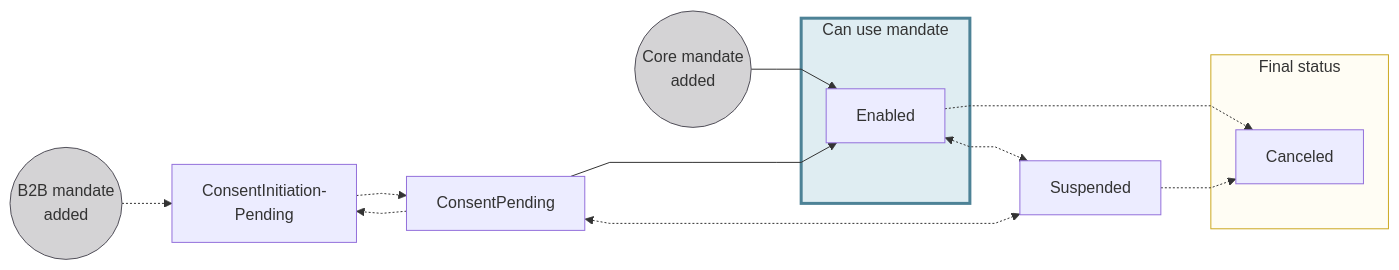
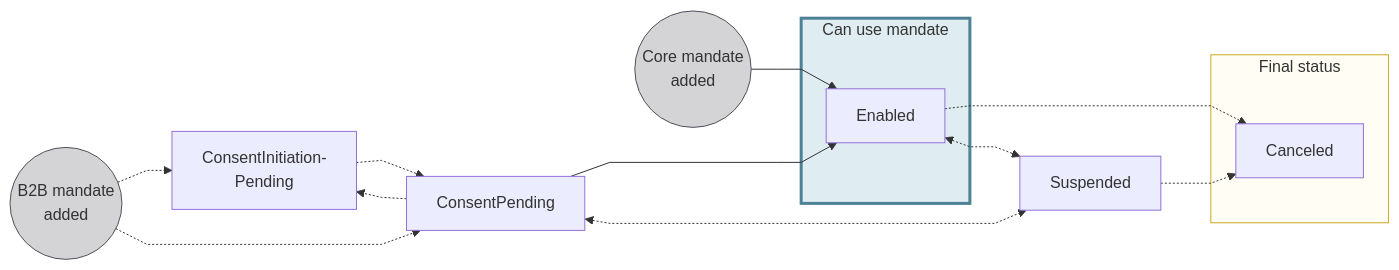
One commit to swan-io/docs changed the first of 2 diagrams in docs/topics/payments/direct-debit/index.mdx. Above: the diagram before and after it, drawn with Mermaid.

````diff
--- a/docs/topics/payments/direct-debit/index.mdx
+++ b/docs/topics/payments/direct-debit/index.mdx
@@ -73,23 +73,24 @@
 ```mermaid
 %%{ init: { 'flowchart': { 'curve': 'linear' } } }%%
 flowchart LR
     B2B((B2B mandate<br/>added)) -.-> CIP[ConsentInitiation-<br/>Pending]
+    B2B -.-> CP[ConsentPending]
     COR((Core mandate<br/>added)) --> E[Enabled]
-    CIP -.-> CP[ConsentPending]
+    CIP -.-> CP
     CP -.-> CIP
     CP ---> E
     CP <-.-> S[Suspended]
     E -.-> C[Canceled]
     E <-.-> S
     S -.-> C
     subgraph U[Can use mandate]
         E
     end
     subgraph F[Final status]
         C
     end
     style B2B fill:#D4D3D5,stroke:#514F59
     style COR fill:#D4D3D5,stroke:#514F59
     style F fill:#fffdf4,stroke:#cca922
     style U fill:#dfedf2,stroke:#4d8296, stroke-width:3px
 ```
````
